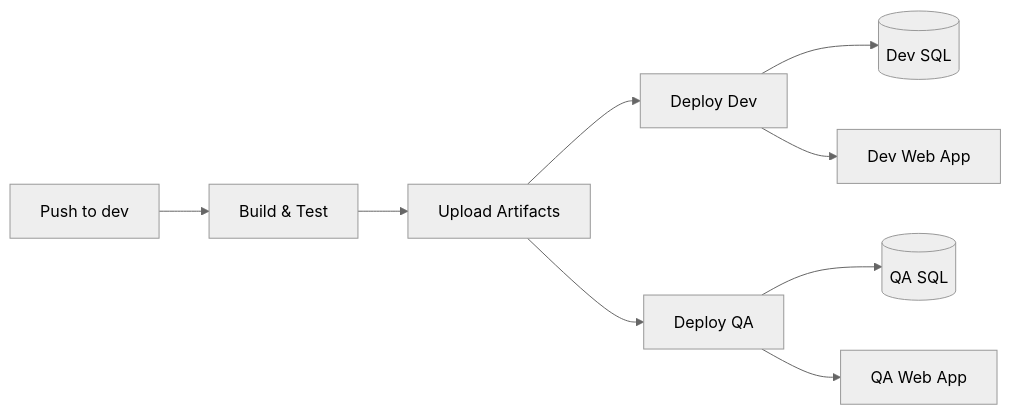
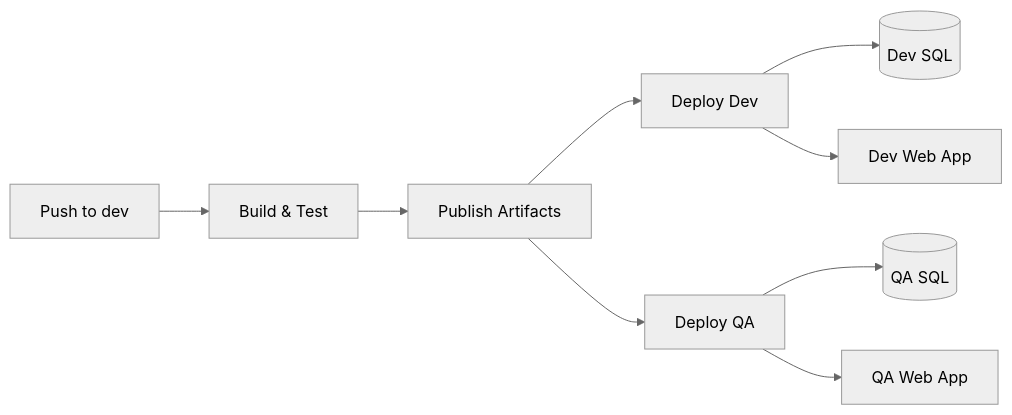
The diagram in docs/CICD.md (dotnetvinod/SampleWebAPI), drawn with Mermaid (neutral theme) before and after one commit. The commit also changed other lines of this file and 10 other files, not shown here.

````diff
--- a/docs/CICD.md
+++ b/docs/CICD.md
@@ -14,11 +27,11 @@
 ```mermaid
 flowchart LR
     Push[Push to dev] --> Build[Build & Test]
-    Build --> Artifact[Upload Artifacts]
+    Build --> Artifact[Publish Artifacts]
     Artifact --> DevDeploy[Deploy Dev]
     Artifact --> QADeploy[Deploy QA]
     DevDeploy --> DevDB[(Dev SQL)]
     DevDeploy --> DevAPI[Dev Web App]
     QADeploy --> QADB[(QA SQL)]
     QADeploy --> QAAPI[QA Web App]
 ```
````
